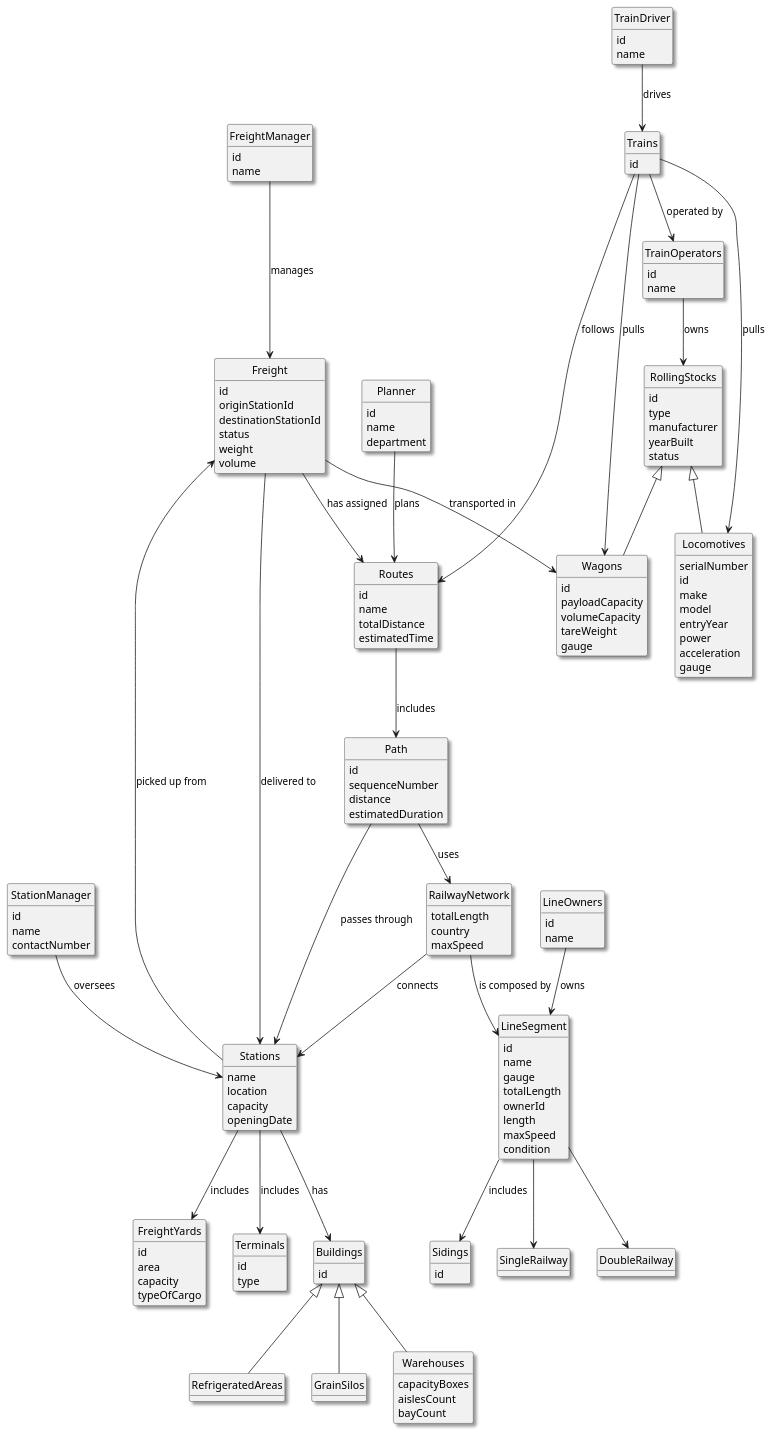
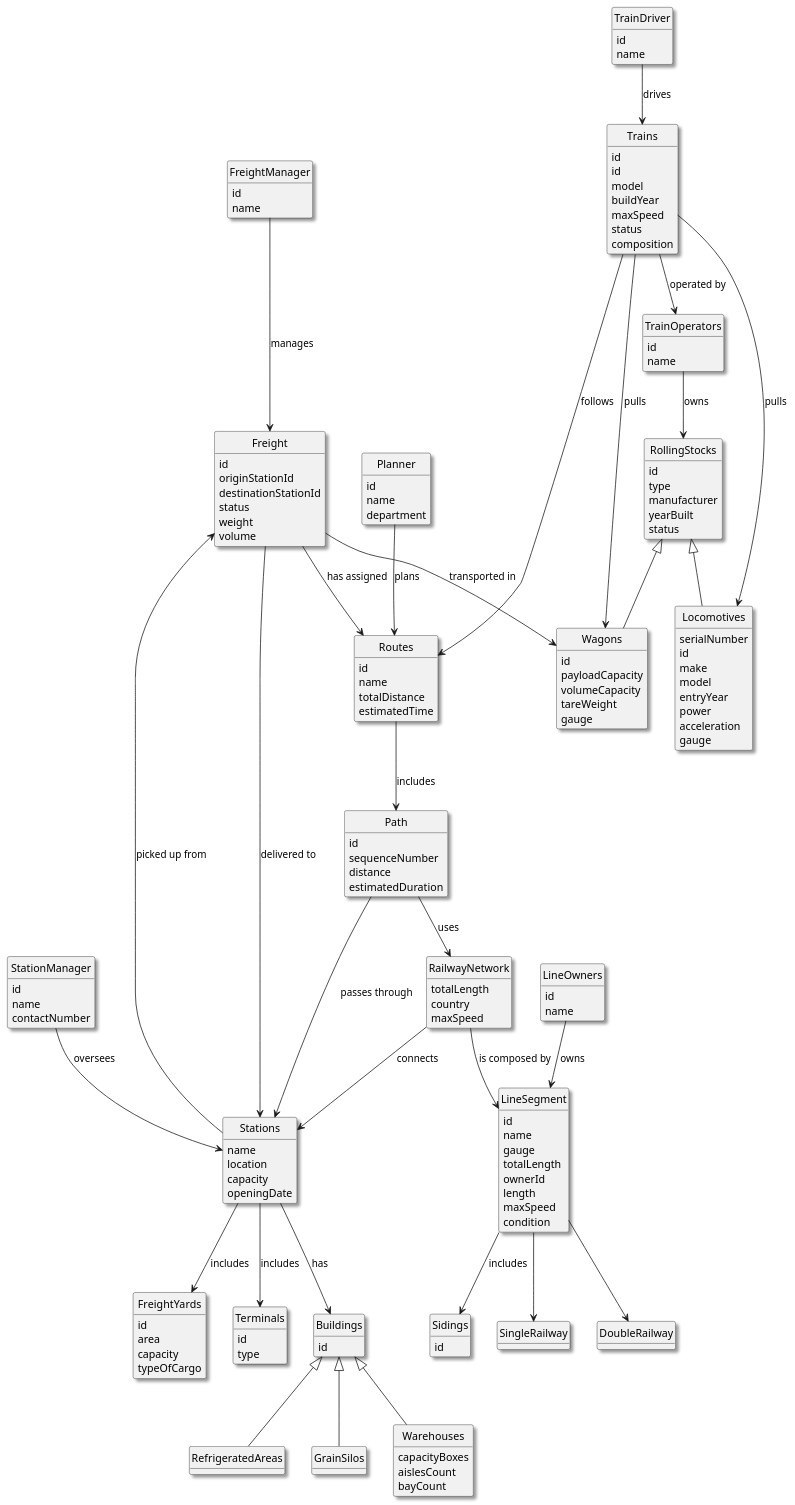
One commit to Departamento-de-Engenharia-Informatica/sem3-pi-25-26-g023-repo changed the diagram in src/doc/LAPR3/USLP01/domain model.puml. Above: the diagram before and after it, drawn with PlantUML.

Commit message:
some changes to the domain model

```diff
--- a/src/doc/LAPR3/USLP01/domain model.puml
+++ b/src/doc/LAPR3/USLP01/domain model.puml
@@ -152,7 +152,12 @@
 type
 }
 class Trains{
-
+id
+model
+buildYear
+maxSpeed
+status
+composition
 }
 
 class Warehouses{
```
